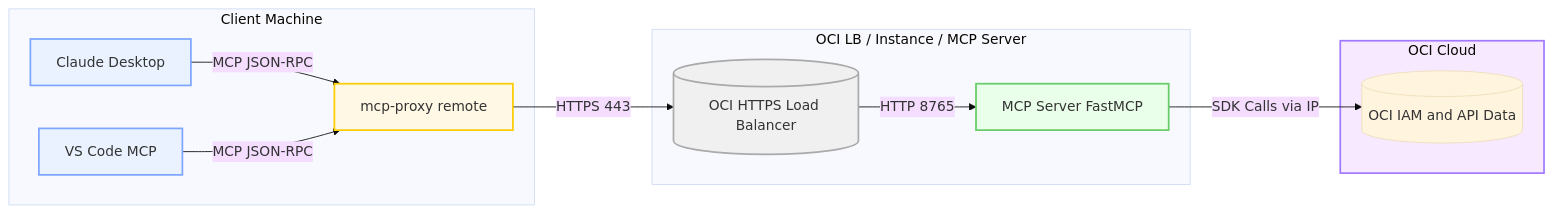
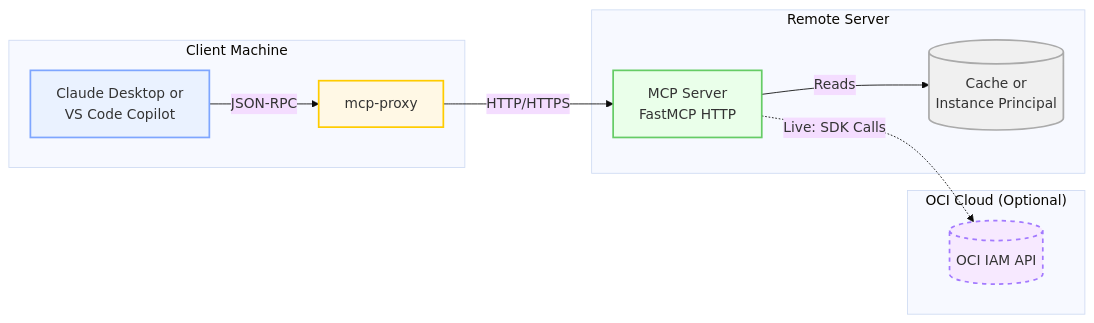
One commit to agregory999/oci-policy-analysis changed the second of 7 diagrams in README_MCP.md. Above: the diagram before and after it, drawn with Mermaid (base theme). The commit also changed other lines of this file, not shown here.

Commit message:
chore: MCP and Readme

````diff
--- a/README_MCP.md
+++ b/README_MCP.md
@@ -46,32 +44,28 @@
 ```mermaid
 flowchart LR
     subgraph CLIENT["Client Machine"]
-        C1[Claude Desktop]
-        C2[VS Code MCP]
-        P1[mcp-proxy remote]
+        C1[Claude Desktop or<br/>VS Code Copilot]
+        PROXY[mcp-proxy]
     end
 
-    subgraph SERVER["OCI LB / Instance / MCP Server"]
-        LB[(OCI HTTPS Load Balancer)]
-        S1[MCP Server FastMCP]
+    subgraph SERVER["Remote Server"]
+        MCP[MCP Server<br/>FastMCP HTTP]
+        CACHE[(Cache or<br/>Instance Principal)]
     end
 
-    subgraph OCI["OCI Cloud"]
-        OCI-API[(OCI IAM and API Data)]
+    subgraph OCI["OCI Cloud (Optional)"]
+        OCI-API[(OCI IAM API)]
     end
 
-    C1 -->|MCP JSON-RPC| P1
-    C2 -->|MCP JSON-RPC| P1
-    P1 -->|HTTPS 443| LB
-    LB -->|HTTP 8765| S1
-    S1 -->|SDK Calls via IP| OCI-API
+    C1 -->|JSON-RPC| PROXY
+    PROXY -->|HTTP/HTTPS| MCP
+    MCP -->|Reads| CACHE
+    MCP -.->|Live: SDK Calls| OCI-API
 
     %% Styles
     style C1 fill:#eaf2ff,stroke:#7ea6ff,stroke-width:2px
-    style C2 fill:#eaf2ff,stroke:#7ea6ff,stroke-width:2px
-    style P1 fill:#fff8e5,stroke:#ffcc00,stroke-width:2px
-    style S1 fill:#eaffea,stroke:#66cc66,stroke-width:2px
-    style LB fill:#f0f0f0,stroke:#aaa,stroke-width:2px
-    style OCI fill:#f7e9ff,stroke:#a37aff,stroke-width:2px
-
+    style PROXY fill:#fff8e5,stroke:#ffcc00,stroke-width:2px
+    style MCP fill:#eaffea,stroke:#66cc66,stroke-width:2px
+    style CACHE fill:#f0f0f0,stroke:#aaa,stroke-width:2px
+    style OCI-API fill:#f7e9ff,stroke:#a37aff,stroke-width:2px,stroke-dasharray: 5 5
 ```
````
